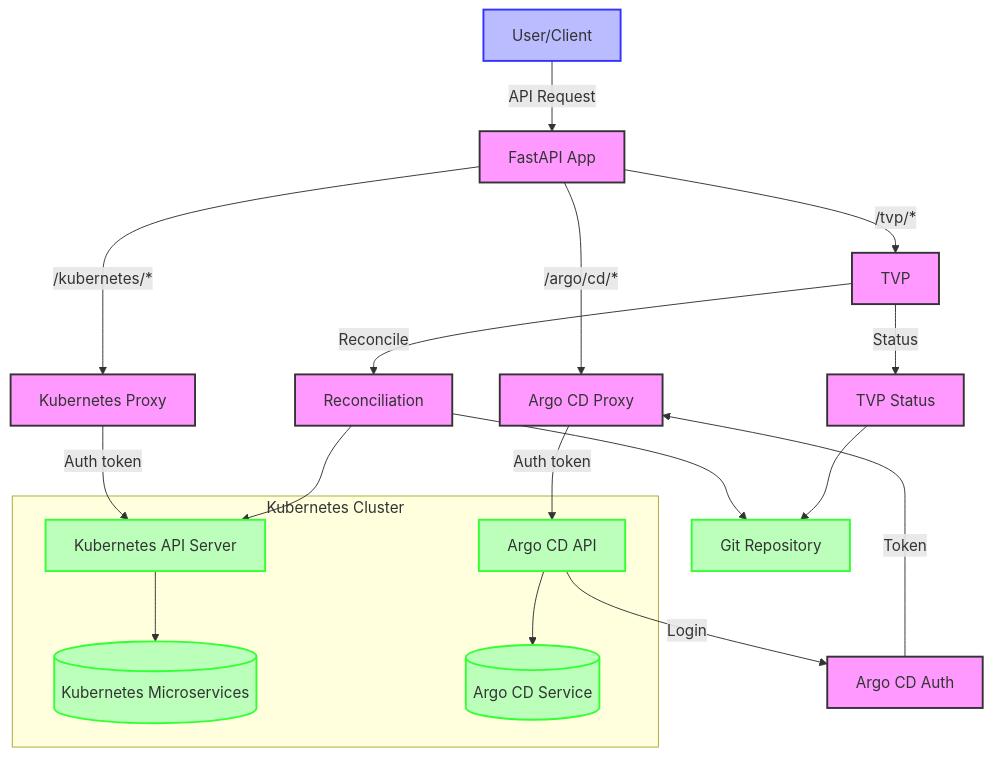
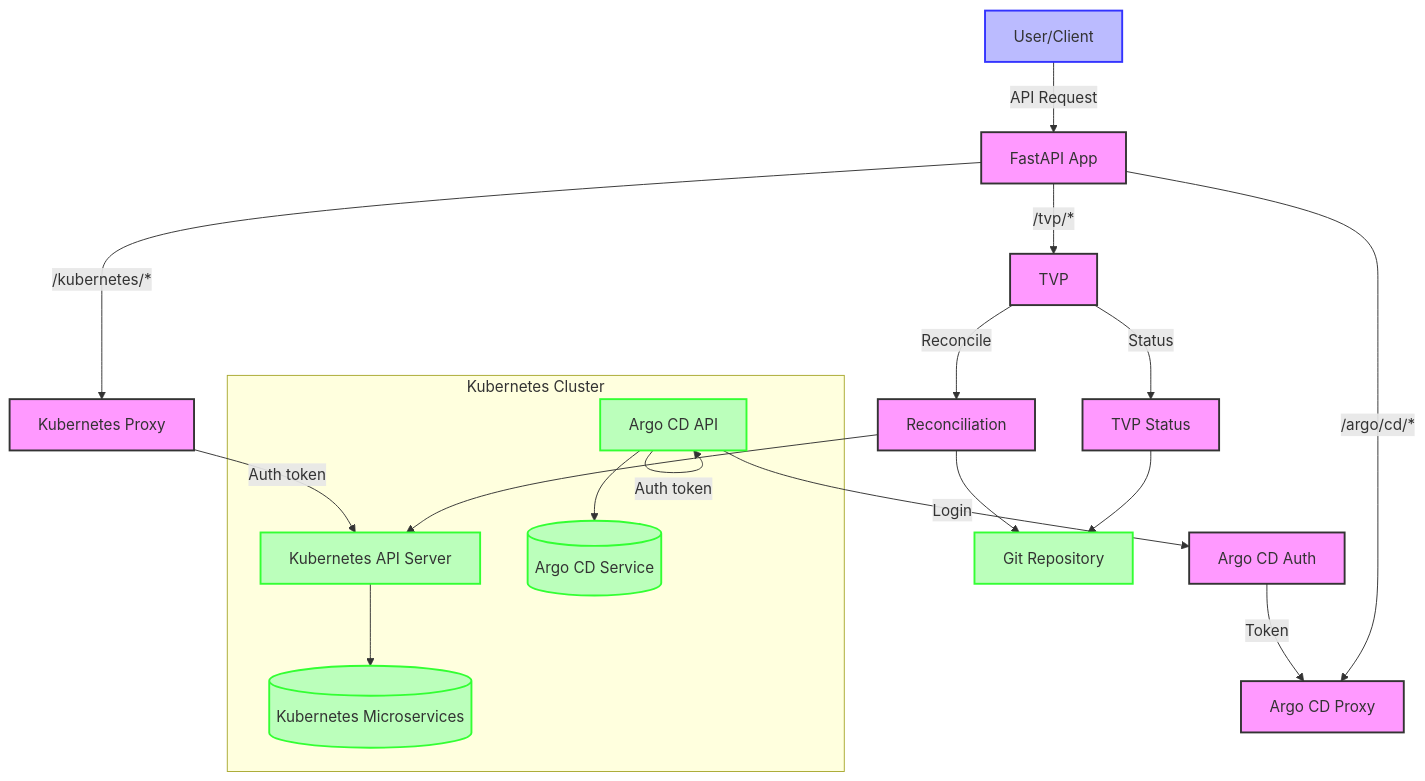
Before and after one commit to lloydchang/tvp-k8s: the diagram in fastapi/mermaid/data-flow-diagram.mermaid, drawn with Mermaid.

```diff
--- a/fastapi/mermaid/data-flow-diagram.mermaid
+++ b/fastapi/mermaid/data-flow-diagram.mermaid
@@ -1,31 +1,31 @@
 flowchart TD
     User[User/Client] -->|API Request| API[FastAPI App]
     
     API -->|/kubernetes/*| KP[Kubernetes Proxy]
     API -->|/argo/cd/*| AP[Argo CD Proxy]
     API -->|/tvp/*| TVP[TVP]
         
     TVP -->|Status| TS[TVP Status]
     TVP -->|Reconcile| R[Reconciliation]
     
     TS --> Git[Git Repository]
     R --> Git
     R --> KA
 
     KP -->|Auth token| KA[Kubernetes API Server]
-    AP -->|Auth token| AA[Argo CD API]
+    AA -->|Auth token| AA[Argo CD API]
     AA -->|Login| Auth[Argo CD Auth]
     Auth -->|Token| AP
 
     subgraph "Kubernetes Cluster"
         KA --> Kubernetes[(Kubernetes Microservices)]
         AA --> ArgoCD[(Argo CD Service)]
     end
     
     classDef user fill:#bbf,stroke:#33f,stroke-width:2px
     classDef app fill:#f9f,stroke:#333,stroke-width:2px
     classDef external fill:#bfb,stroke:#3f3,stroke-width:2px
     
     class User user
     class API,KP,AP,TVP,TS,R,Auth app
     class Kubernetes,ArgoCD,Git,KA,AA external
```
